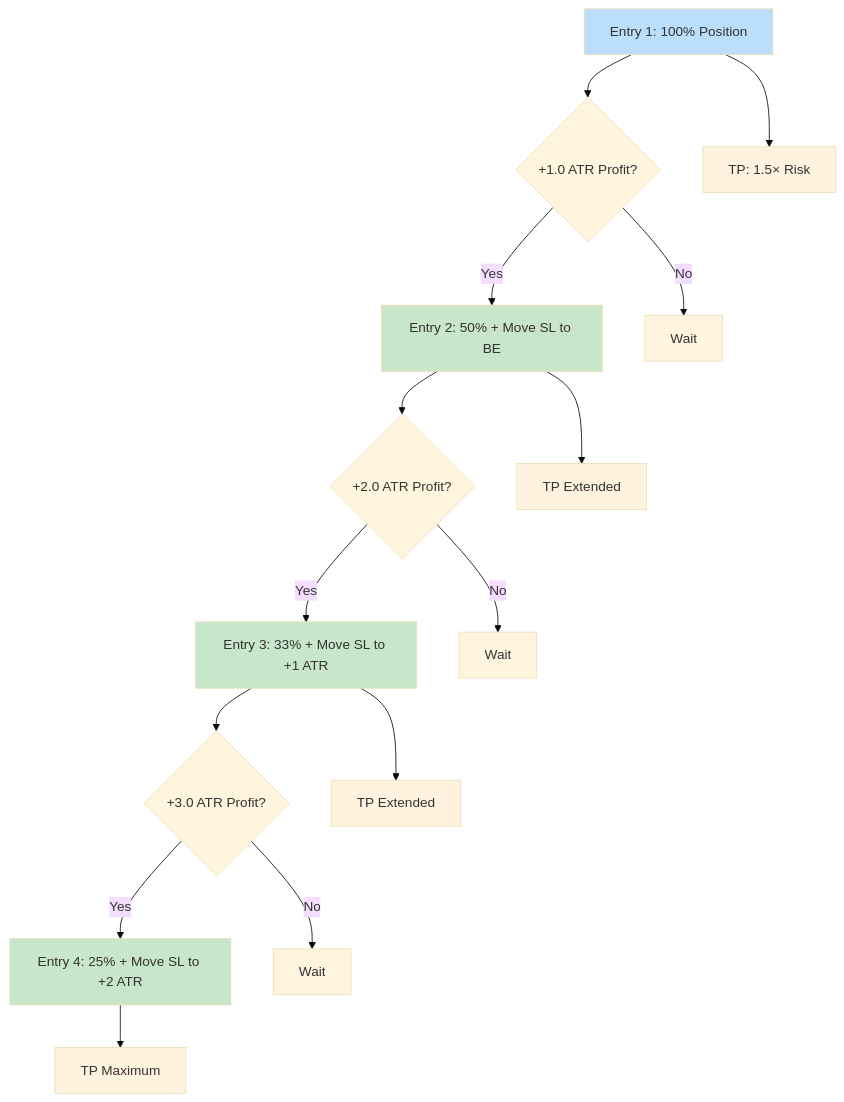
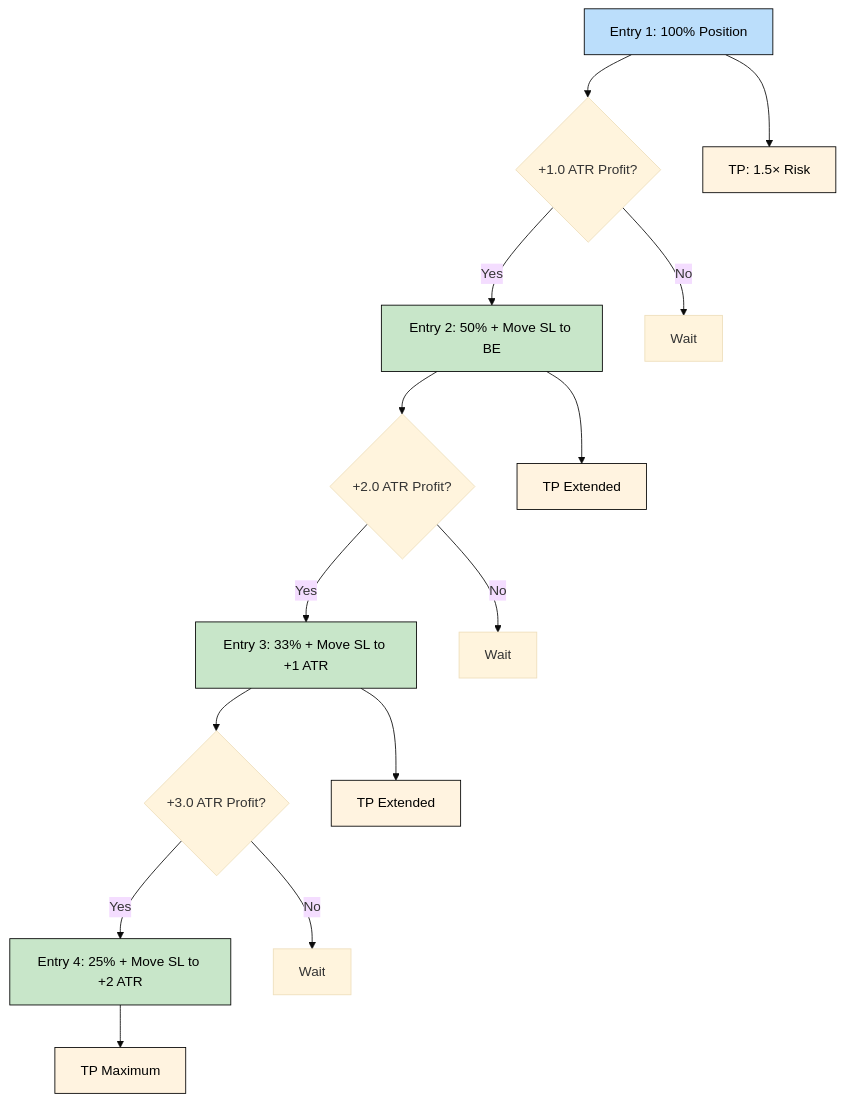
One commit to keyalgos/Project_Chimera changed the sixth of 8 diagrams in README.md. Above: the diagram before and after it, drawn with Mermaid (base theme). The commit also changed other lines of this file, not shown here.

````diff
--- a/README.md
+++ b/README.md
@@ -573,26 +573,26 @@
 ```mermaid
 flowchart TB
     Entry1[Entry 1: 100% Position] --> P1{+1.0 ATR Profit?}
     P1 -->|Yes| Entry2[Entry 2: 50% + Move SL to BE]
     P1 -->|No| Wait1[Wait]
     Entry2 --> P2{+2.0 ATR Profit?}
     P2 -->|Yes| Entry3[Entry 3: 33% + Move SL to +1 ATR]
     P2 -->|No| Wait2[Wait]
     Entry3 --> P3{+3.0 ATR Profit?}
     P3 -->|Yes| Entry4[Entry 4: 25% + Move SL to +2 ATR]
     P3 -->|No| Wait3[Wait]
     
     Entry1 --> TP1[TP: 1.5× Risk]
     Entry2 --> TP2[TP Extended]
     Entry3 --> TP3[TP Extended]
     Entry4 --> TP4[TP Maximum]
     
-    style Entry1 fill:#bbdefb
-    style Entry2 fill:#c8e6c9
-    style Entry3 fill:#c8e6c9
-    style Entry4 fill:#c8e6c9
-    style TP1 fill:#fff3e0
-    style TP2 fill:#fff3e0
-    style TP3 fill:#fff3e0
-    style TP4 fill:#fff3e0
+    style Entry1 fill:#bbdefb,stroke:#000,color:#000
+    style Entry2 fill:#c8e6c9,stroke:#000,color:#000
+    style Entry3 fill:#c8e6c9,stroke:#000,color:#000
+    style Entry4 fill:#c8e6c9,stroke:#000,color:#000
+    style TP1 fill:#fff3e0,stroke:#000,color:#000
+    style TP2 fill:#fff3e0,stroke:#000,color:#000
+    style TP3 fill:#fff3e0,stroke:#000,color:#000
+    style TP4 fill:#fff3e0,stroke:#000,color:#000
 ```
````
